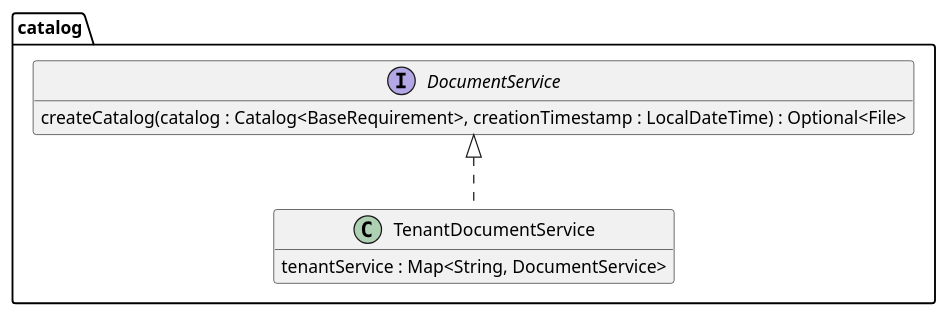
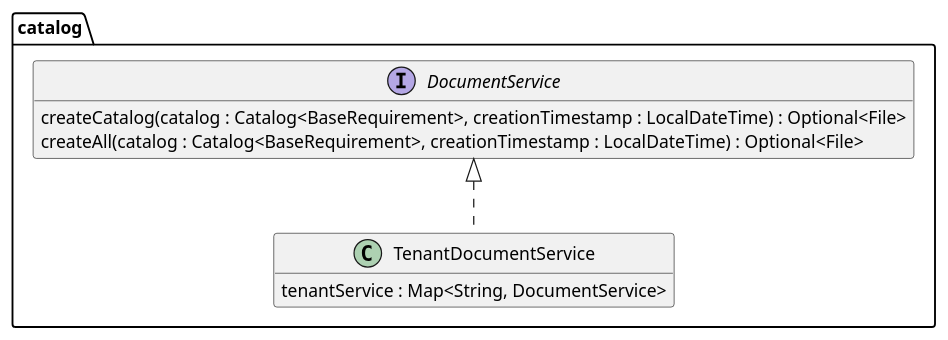
Before and after one commit to tailoringexpert/platform: the diagram in src/site/arc42/plantuml/tenant/catalog/Ebene3.plantuml, drawn with PlantUML. The commit also changed 24 other files, not shown here.

```diff
--- a/src/site/arc42/plantuml/tenant/catalog/Ebene3.plantuml
+++ b/src/site/arc42/plantuml/tenant/catalog/Ebene3.plantuml
@@ -1,15 +1,16 @@
 @startuml Ebene3.png
 hide empty members
 
 package catalog {
 
     interface DocumentService {
         createCatalog(catalog : Catalog<BaseRequirement>, creationTimestamp : LocalDateTime) : Optional<File>
+        createAll(catalog : Catalog<BaseRequirement>, creationTimestamp : LocalDateTime) : Optional<File>
     }
 
     class TenantDocumentService {
         tenantService : Map<String, DocumentService>
     }
     DocumentService <|.. TenantDocumentService
 }
 @enduml
```
